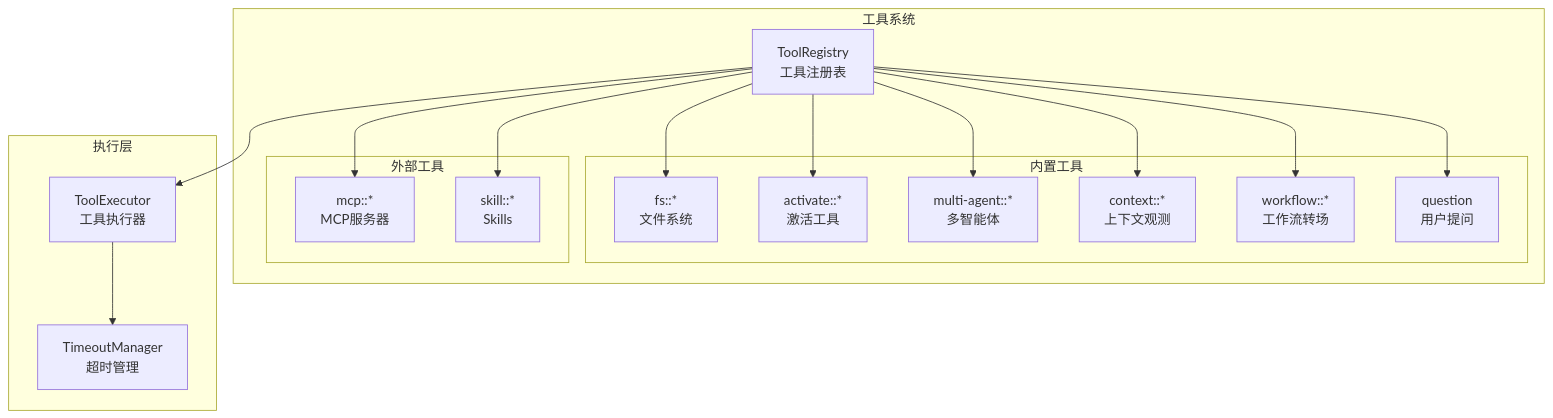
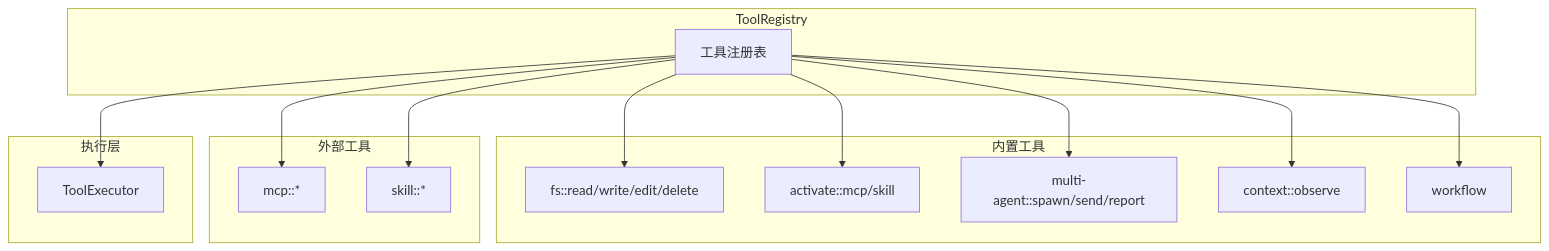
One commit to MiyakoMeow/neoco changed the diagram in progress/TECH-TOOL.md. Above: the diagram before and after it, drawn with Mermaid. The commit also changed other lines of this file and 11 other files, not shown here.

````diff
--- a/progress/TECH-TOOL.md
+++ b/progress/TECH-TOOL.md
@@ -13,48 +18,33 @@
 ```mermaid
 graph TB
-    subgraph "工具系统"
-        TR[ToolRegistry
-            工具注册表]
-        
-        subgraph "内置工具"
-            FS[fs::*
-               文件系统]
-            AC[activate::*
-               激活工具]
-            MA[multi-agent::*
-               多智能体]
-            CT[context::*
-               上下文观测]
-            WF[workflow::*
-               工作流转场]
-            QU[question
-               用户提问]
-        end
-        
-        subgraph "外部工具"
-            MCP[mcp::*
-               MCP服务器]
-            SK[skill::*
-               Skills]
-        end
-        
-        TR --> FS
-        TR --> AC
-        TR --> MA
-        TR --> CT
-        TR --> WF
-        TR --> QU
-        TR --> MCP
-        TR --> SK
+    subgraph "ToolRegistry"
+        TR[工具注册表]
     end
     
+    subgraph "内置工具"
+        FS[fs::read/write/edit/delete]
+        AC[activate::mcp/skill]
+        MA[multi-agent::spawn/send/report]
+        CT[context::observe]
+        WF[workflow]
+    end
+    
+    subgraph "外部工具"
+        MCP[mcp::*]
+        SK[skill::*]
+    end
+    
+    TR --> FS
+    TR --> AC
+    TR --> MA
+    TR --> CT
+    TR --> WF
+    TR --> MCP
+    TR --> SK
+    
     subgraph "执行层"
-        TE[ToolExecutor
-            工具执行器]
-        TM[TimeoutManager
-            超时管理]
+        TE[ToolExecutor]
     end
     
     TR --> TE
-    TE --> TM
 ```
````
